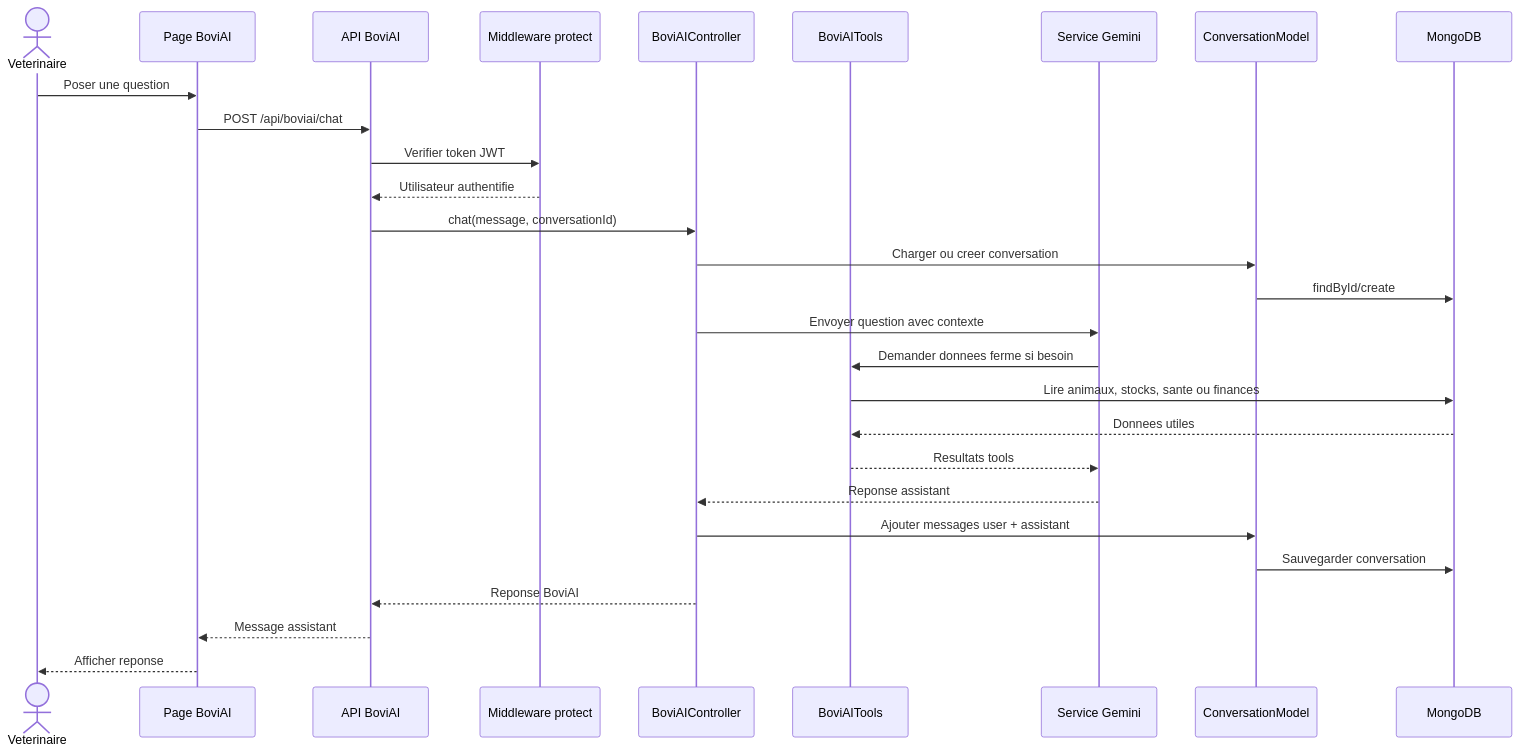
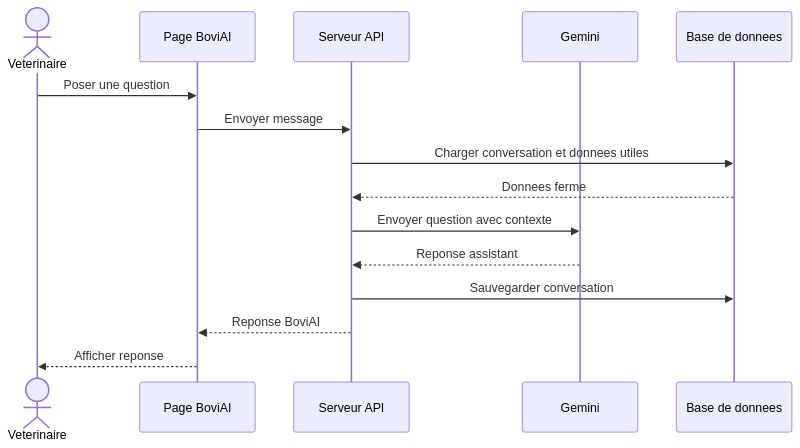
Before and after one commit to Youness-Ailal/bovins_cmc: the diagram in tasks/mohamed/sequence-boviai-chat.md, drawn with Mermaid. The commit also changed 14 other files, not shown here.

````diff
--- a/tasks/mohamed/sequence-boviai-chat.md
+++ b/tasks/mohamed/sequence-boviai-chat.md
@@ -3,31 +3,18 @@
 ```mermaid
 sequenceDiagram
     actor Veterinaire
-    participant Frontend as Page BoviAI
-    participant API as API BoviAI
-    participant Middleware as Middleware protect
-    participant Controller as BoviAIController
-    participant Tools as BoviAITools
-    participant Gemini as Service Gemini
-    participant Conversation as ConversationModel
-    participant DB as MongoDB
+    participant Interface as Page BoviAI
+    participant Serveur as Serveur API
+    participant Gemini as Gemini
+    participant DB as Base de donnees
 
-    Veterinaire->>Frontend: Poser une question
-    Frontend->>API: POST /api/boviai/chat
-    API->>Middleware: Verifier token JWT
-    Middleware-->>API: Utilisateur authentifie
-    API->>Controller: chat(message, conversationId)
-    Controller->>Conversation: Charger ou creer conversation
-    Conversation->>DB: findById/create
-    Controller->>Gemini: Envoyer question avec contexte
-    Gemini->>Tools: Demander donnees ferme si besoin
-    Tools->>DB: Lire animaux, stocks, sante ou finances
-    DB-->>Tools: Donnees utiles
-    Tools-->>Gemini: Resultats tools
-    Gemini-->>Controller: Reponse assistant
-    Controller->>Conversation: Ajouter messages user + assistant
-    Conversation->>DB: Sauvegarder conversation
-    Controller-->>API: Reponse BoviAI
-    API-->>Frontend: Message assistant
-    Frontend-->>Veterinaire: Afficher reponse
+    Veterinaire->>Interface: Poser une question
+    Interface->>Serveur: Envoyer message
+    Serveur->>DB: Charger conversation et donnees utiles
+    DB-->>Serveur: Donnees ferme
+    Serveur->>Gemini: Envoyer question avec contexte
+    Gemini-->>Serveur: Reponse assistant
+    Serveur->>DB: Sauvegarder conversation
+    Serveur-->>Interface: Reponse BoviAI
+    Interface-->>Veterinaire: Afficher reponse
 ```
````
